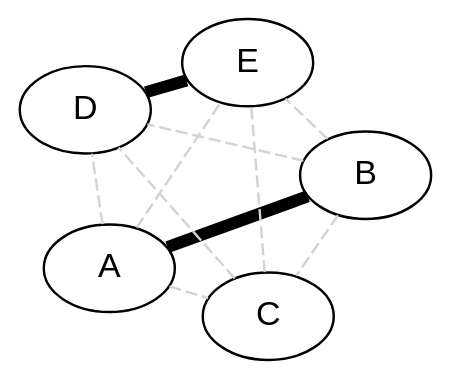
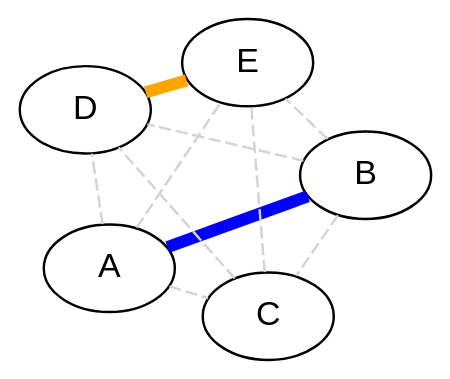
Before and after one commit to lvh/DistributedSystems101: the diagram in media/CAP/NoQuorum.dot, drawn with Graphviz. The commit also changed 3 other files, not shown here.

```diff
--- a/media/CAP/NoQuorum.dot
+++ b/media/CAP/NoQuorum.dot
@@ -1,35 +1,40 @@
 graph NoQuorum {
         bgcolor="transparent";
         node [fontname="Helvetica"];
         layout=fdp;
                 
         Node1 [label="A"];
         Node2 [label="B"];
 
         Node3 [label="C"];
 
         Node4 [label="D"];
         Node5 [label="E"];
 
         
         {
-                edge [penwidth=5];
+                edge [penwidth=5, color=blue];
                 
                 Node1 -- Node2;
-                Node4 -- Node5;               
+        }
+
+        {
+                edge [penwidth=5, color=orange];
+                
+                Node4 -- Node5;
         }
         
       
         {
                 edge [color=lightgrey, style=dashed];
                 
                 Node3 -- Node4;                
                 Node3 -- Node5;               
                 Node1 -- Node3;
                 Node1 -- Node4;
                 Node1 -- Node5;
                 Node2 -- Node3;
                 Node2 -- Node4;
                 Node2 -- Node5;
         }
 }
```
